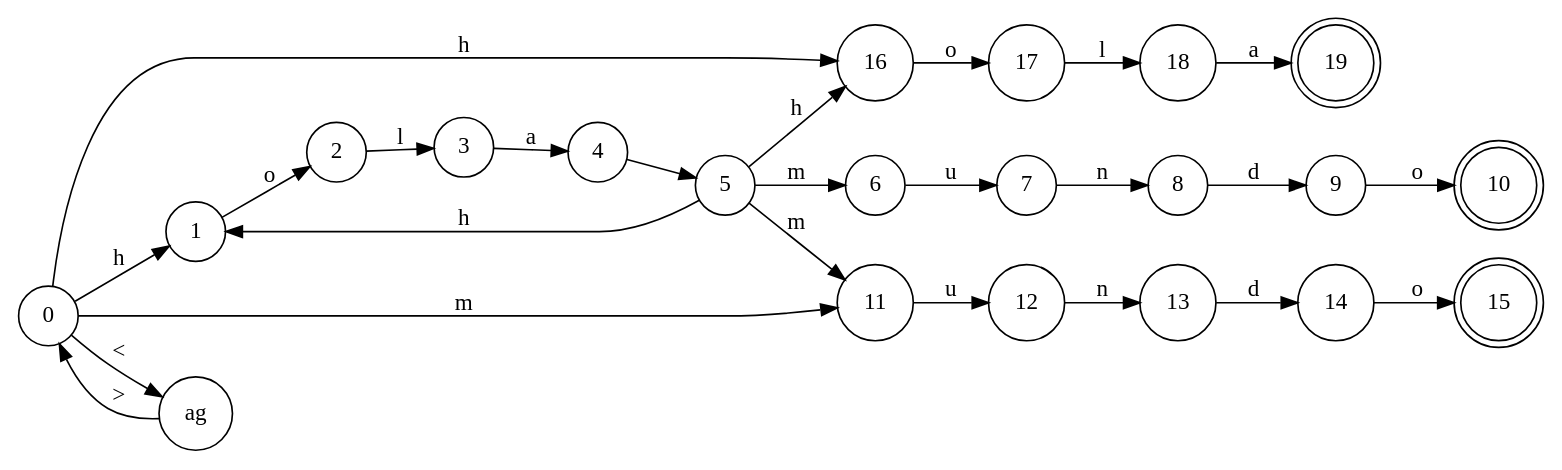
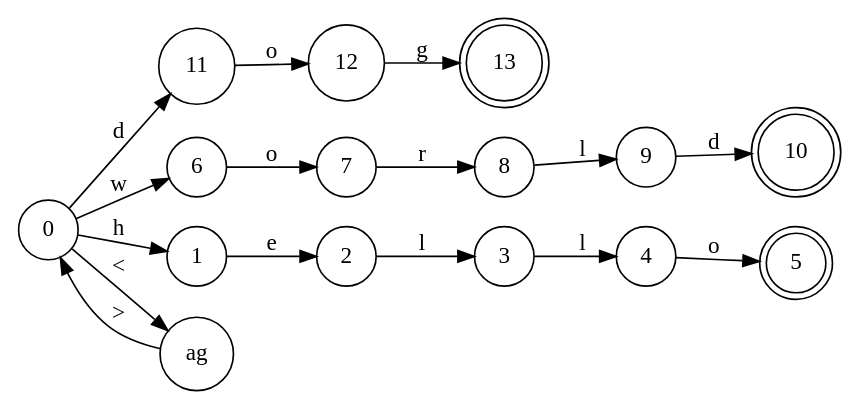
The diagram in noDeterminante.dot (GdeAchaval/automaton), drawn with Graphviz before and after one commit. The commit also changed 6 other files, not shown here.

```diff
--- a/noDeterminante.dot
+++ b/noDeterminante.dot
@@ -1,51 +1,36 @@
 digraph {
 rankdir = "LR";
 // NODES
 node [shape=circle] Node_0[label="0"];
+node [shape=circle] Node_11[label="11"];
+node [shape=circle] Node_6[label="6"];
 node [shape=circle] Node_1[label="1"];
-node [shape=circle] Node_16[label="16"];
 node [shape=circle] Nodetag[label="ag"];
-node [shape=circle] Node_11[label="11"];
+node [shape=circle] Node_12[label="12"];
+node [shape=circle] Node_7[label="7"];
 node [shape=circle] Node_2[label="2"];
-node [shape=circle] Node_17[label="17"];
-node [shape=circle] Node_12[label="12"];
+node [shape=doublecircle] Node_13[label="13"];
+node [shape=circle] Node_8[label="8"];
 node [shape=circle] Node_3[label="3"];
-node [shape=circle] Node_18[label="18"];
-node [shape=circle] Node_13[label="13"];
+node [shape=circle] Node_9[label="9"];
 node [shape=circle] Node_4[label="4"];
-node [shape=doublecircle] Node_19[label="19"];
-node [shape=circle] Node_14[label="14"];
-node [shape=circle] Node_5[label="5"];
-node [shape=doublecircle] Node_15[label="15"];
-node [shape=circle] Node_6[label="6"];
-node [shape=circle] Node_7[label="7"];
-node [shape=circle] Node_8[label="8"];
-node [shape=circle] Node_9[label="9"];
 node [shape=doublecircle] Node_10[label="10"];
+node [shape=doublecircle] Node_5[label="5"];
 
 // TRANSITIONS
+Node_0 -> Node_11 [label="d"];
+Node_0 -> Node_6 [label="w"];
 Node_0 -> Node_1 [label="h"];
-Node_0 -> Node_16 [label="h"];
 Node_0 -> Nodetag [label="<"];
-Node_0 -> Node_11 [label="m"];
-Node_1 -> Node_2 [label="o"];
-Node_16 -> Node_17 [label="o"];
+Node_11 -> Node_12 [label="o"];
+Node_6 -> Node_7 [label="o"];
+Node_1 -> Node_2 [label="e"];
 Nodetag -> Node_0 [label=">"];
-Node_11 -> Node_12 [label="u"];
+Node_12 -> Node_13 [label="g"];
+Node_7 -> Node_8 [label="r"];
 Node_2 -> Node_3 [label="l"];
-Node_17 -> Node_18 [label="l"];
-Node_12 -> Node_13 [label="n"];
-Node_3 -> Node_4 [label="a"];
-Node_18 -> Node_19 [label="a"];
-Node_13 -> Node_14 [label="d"];
-Node_4 -> Node_5 [label=" "];
-Node_14 -> Node_15 [label="o"];
-Node_5 -> Node_1 [label="h"];
-Node_5 -> Node_16 [label="h"];
-Node_5 -> Node_6 [label="m"];
-Node_5 -> Node_11 [label="m"];
-Node_6 -> Node_7 [label="u"];
-Node_7 -> Node_8 [label="n"];
-Node_8 -> Node_9 [label="d"];
-Node_9 -> Node_10 [label="o"];
+Node_8 -> Node_9 [label="l"];
+Node_3 -> Node_4 [label="l"];
+Node_9 -> Node_10 [label="d"];
+Node_4 -> Node_5 [label="o"];
 }
```
